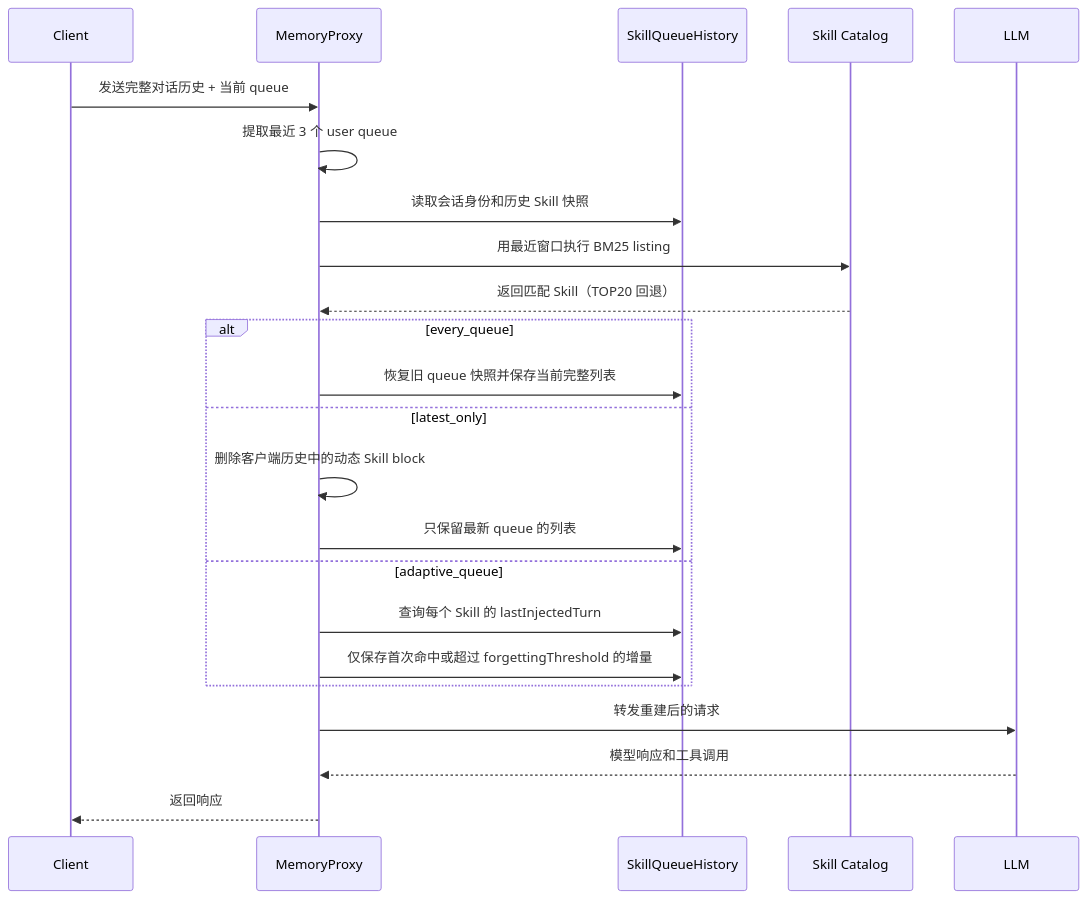
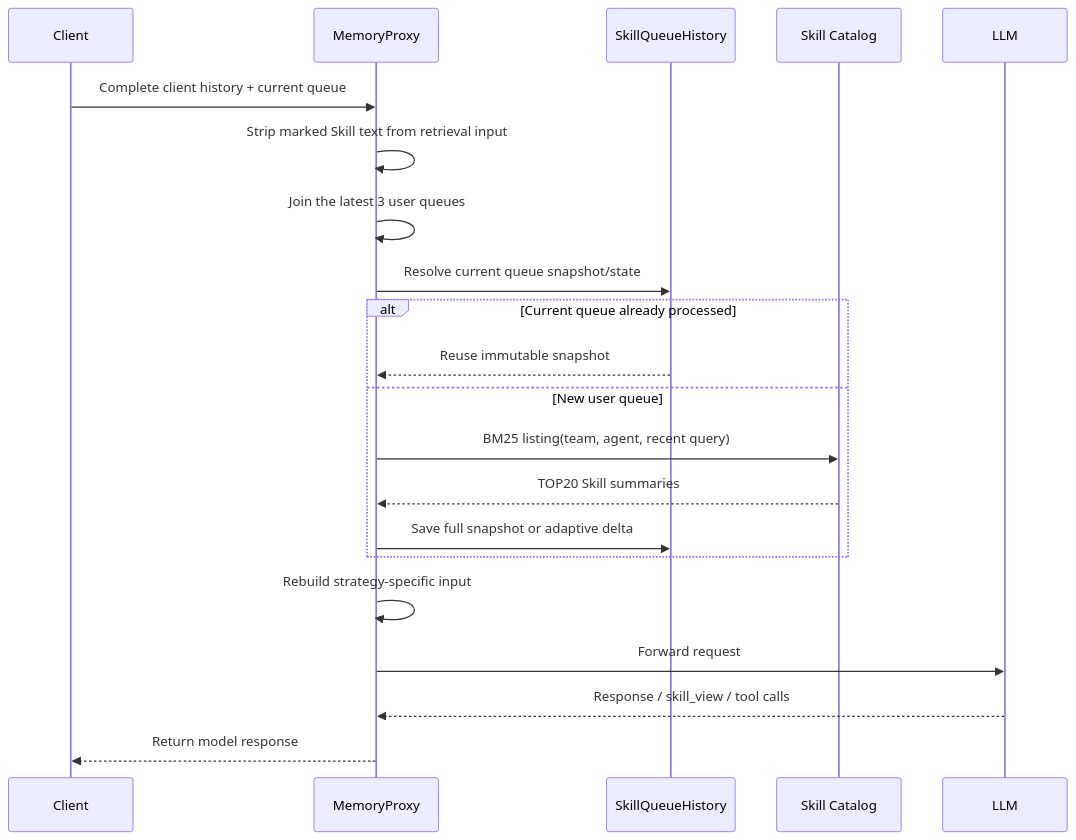
One commit to TencentCloud/TencentDB-Agent-Memory changed the second of 3 diagrams in docs/skill-queue-dynamic-injection.md. Above: the diagram before and after it, drawn with Mermaid. The commit also changed other lines of this file, not shown here.

Commit message:
docs(proxy): expand dynamic skill queue evaluation

````diff
--- a/docs/skill-queue-dynamic-injection.md
+++ b/docs/skill-queue-dynamic-injection.md
@@ -17,26 +72,24 @@
 ```mermaid
 sequenceDiagram
     participant C as Client
     participant P as MemoryProxy
     participant H as SkillQueueHistory
     participant S as Skill Catalog
     participant L as LLM
 
-    C->>P: 发送完整对话历史 + 当前 queue
-    P->>P: 提取最近 3 个 user queue
-    P->>H: 读取会话身份和历史 Skill 快照
-    P->>S: 用最近窗口执行 BM25 listing
-    S-->>P: 返回匹配 Skill（TOP20 回退）
-    alt every_queue
-        P->>H: 恢复旧 queue 快照并保存当前完整列表
-    else latest_only
-        P->>P: 删除客户端历史中的动态 Skill block
-        P->>H: 只保留最新 queue 的列表
-    else adaptive_queue
-        P->>H: 查询每个 Skill 的 lastInjectedTurn
-        P->>H: 仅保存首次命中或超过 forgettingThreshold 的增量
+    C->>P: Complete client history + current queue
+    P->>P: Strip marked Skill text from retrieval input
+    P->>P: Join the latest 3 user queues
+    P->>H: Resolve current queue snapshot/state
+    alt Current queue already processed
+        H-->>P: Reuse immutable snapshot
+    else New user queue
+        P->>S: BM25 listing(team, agent, recent query)
+        S-->>P: TOP20 Skill summaries
+        P->>H: Save full snapshot or adaptive delta
     end
-    P->>L: 转发重建后的请求
-    L-->>P: 模型响应和工具调用
-    P-->>C: 返回响应
+    P->>P: Rebuild strategy-specific input
+    P->>L: Forward request
+    L-->>P: Response / skill_view / tool calls
+    P-->>C: Return model response
 ```
````
